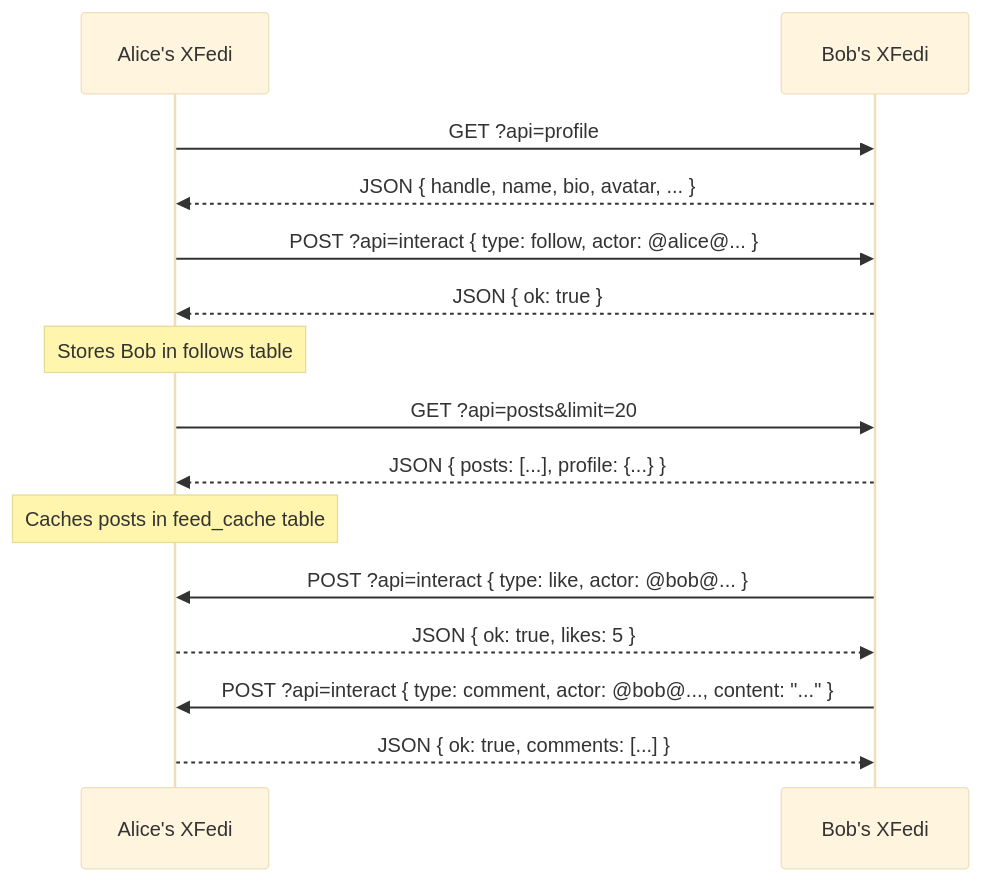
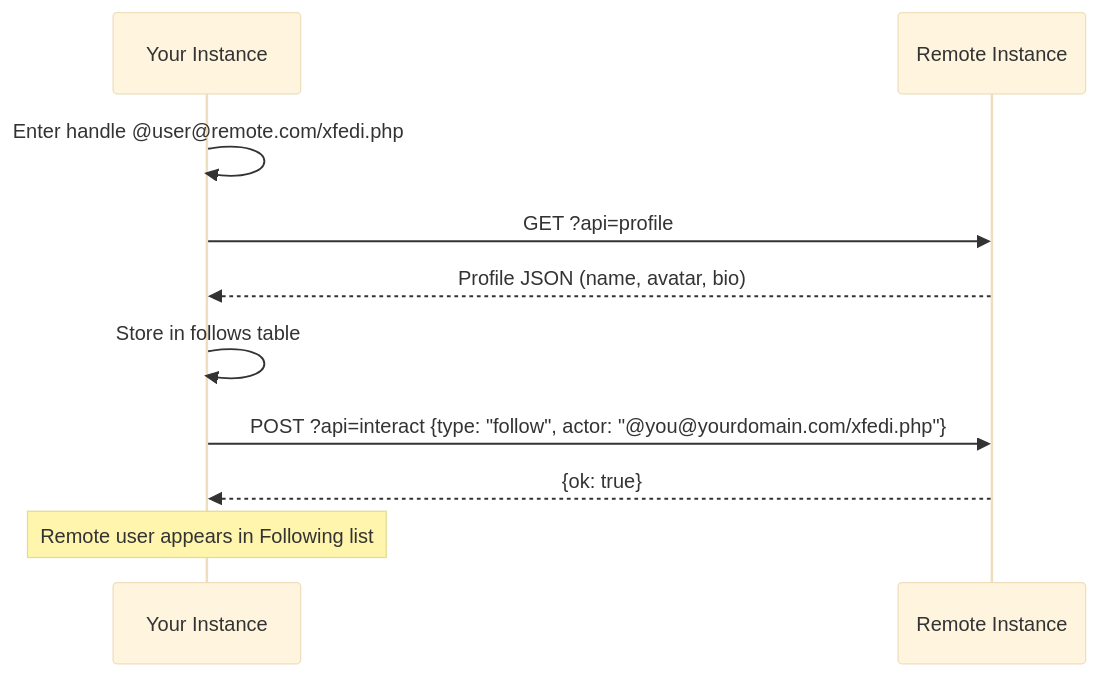
Before and after one commit to xsukax/XFedi: the second of 5 diagrams in README.md, drawn with Mermaid (base theme). The commit also changed other lines of this file, not shown here.

````diff
--- a/README.md
+++ b/README.md
@@ -328,24 +250,13 @@
 ```mermaid
 sequenceDiagram
-    participant Alice as Alice's XFedi
-    participant Bob as Bob's XFedi
+    participant U as Your Instance
+    participant R as Remote Instance
 
-    Alice->>Bob: GET ?api=profile
-    Bob-->>Alice: JSON { handle, name, bio, avatar, ... }
-
-    Alice->>Bob: POST ?api=interact { type: follow, actor: @alice@... }
-    Bob-->>Alice: JSON { ok: true }
-
-    Note over Alice: Stores Bob in follows table
-
-    Alice->>Bob: GET ?api=posts&limit=20
-    Bob-->>Alice: JSON { posts: [...], profile: {...} }
-
-    Note over Alice: Caches posts in feed_cache table
-
-    Bob->>Alice: POST ?api=interact { type: like, actor: @bob@... }
-    Alice-->>Bob: JSON { ok: true, likes: 5 }
-
-    Bob->>Alice: POST ?api=interact { type: comment, actor: @bob@..., content: "..." }
-    Alice-->>Bob: JSON { ok: true, comments: [...] }
+    U->>U: Enter handle @user@remote.com/xfedi.php
+    U->>R: GET ?api=profile
+    R-->>U: Profile JSON (name, avatar, bio)
+    U->>U: Store in follows table
+    U->>R: POST ?api=interact {type: "follow", actor: "@you@yourdomain.com/xfedi.php"}
+    R-->>U: {ok: true}
+    Note over U: Remote user appears in Following list
 ```
````
